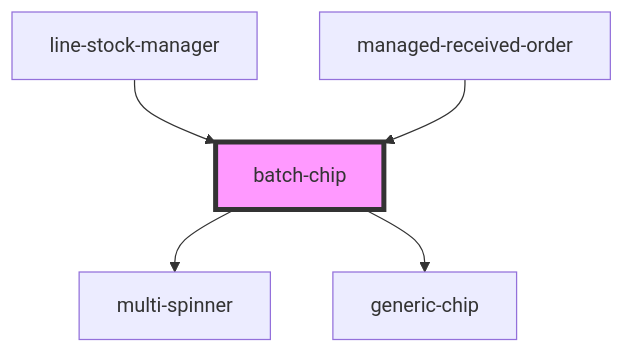
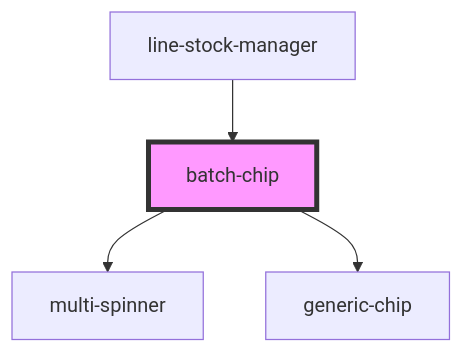
The diagram in pdm-web-components/src/components/batch-chip/readme.md (PharmaLedger-IMI/fgt-workspace), drawn with Mermaid before and after one commit. The commit also changed other lines of this file and 60 other files, not shown here.

````diff
--- a/pdm-web-components/src/components/batch-chip/readme.md
+++ b/pdm-web-components/src/components/batch-chip/readme.md
@@ -39,8 +38,7 @@
 ```mermaid
 graph TD;
   batch-chip --> multi-spinner
   batch-chip --> generic-chip
   line-stock-manager --> batch-chip
-  managed-received-order --> batch-chip
   style batch-chip fill:#f9f,stroke:#333,stroke-width:4px
 ```
````
